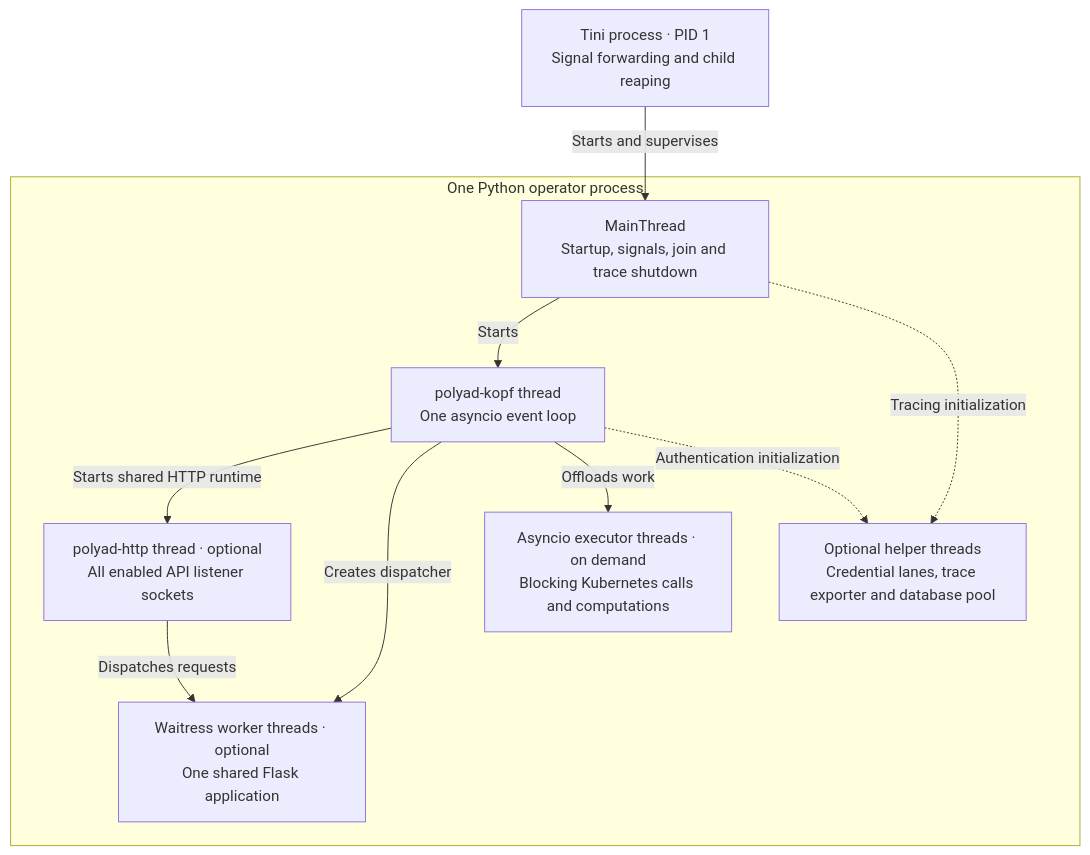
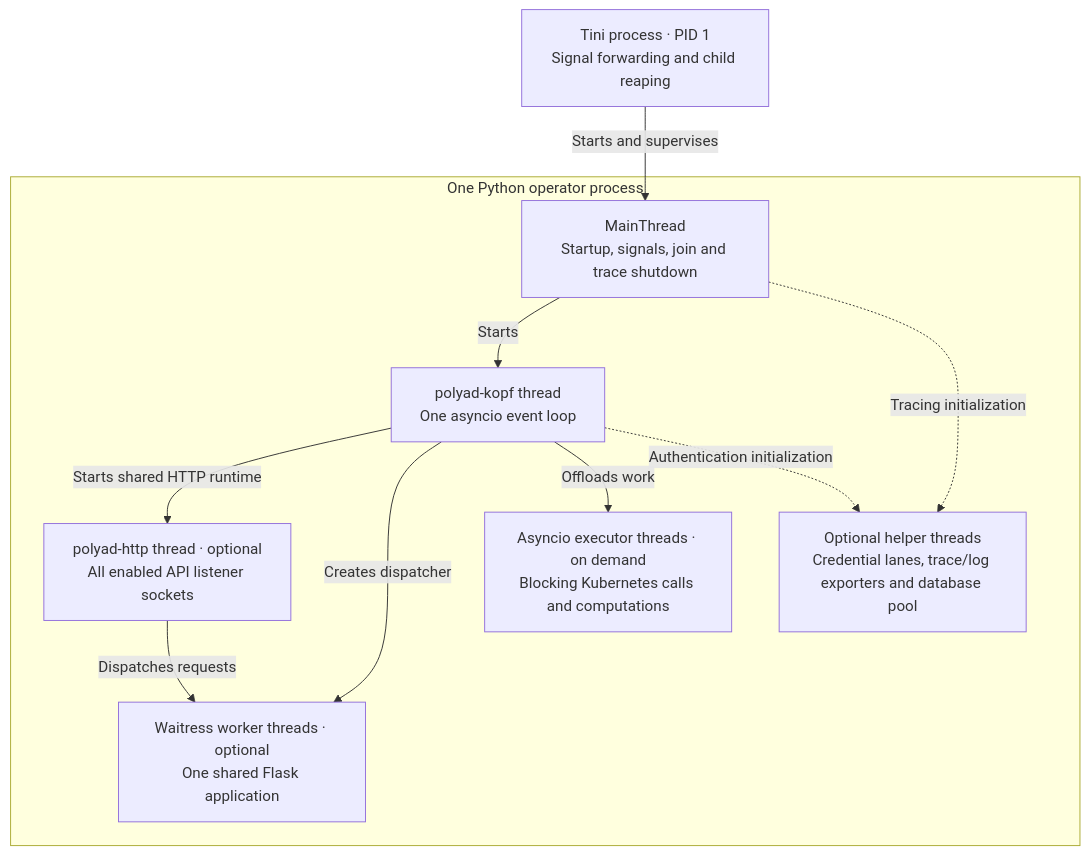
Before and after one commit to astrivant/polyad: the first of 3 diagrams in docs/deployment/process-hierarchy.md, drawn with Mermaid. The commit also changed other lines of this file and 26 other files, not shown here.

````diff
--- a/docs/deployment/process-hierarchy.md
+++ b/docs/deployment/process-hierarchy.md
@@ -26,20 +26,20 @@
 ```mermaid
 flowchart TB
     tini["Tini process · PID 1<br/>Signal forwarding and child reaping"]
     subgraph python["One Python operator process"]
         main["MainThread<br/>Startup, signals, join and trace shutdown"]
         kopf["polyad-kopf thread<br/>One asyncio event loop"]
         http["polyad-http thread · optional<br/>All enabled API listener sockets"]
         wsgi["Waitress worker threads · optional<br/>One shared Flask application"]
         executor["Asyncio executor threads · on demand<br/>Blocking Kubernetes calls and computations"]
-        helpers["Optional helper threads<br/>Credential lanes, trace exporter and database pool"]
+        helpers["Optional helper threads<br/>Credential lanes, trace/log exporters and database pool"]
         main -->|"Starts"| kopf
         kopf -->|"Starts shared HTTP runtime"| http
         kopf -->|"Creates dispatcher"| wsgi
         kopf -->|"Offloads work"| executor
         main -. "Tracing initialization" .-> helpers
         kopf -. "Authentication initialization" .-> helpers
         http -->|"Dispatches requests"| wsgi
     end
     tini -->|"Starts and supervises"| main
 ```
````
